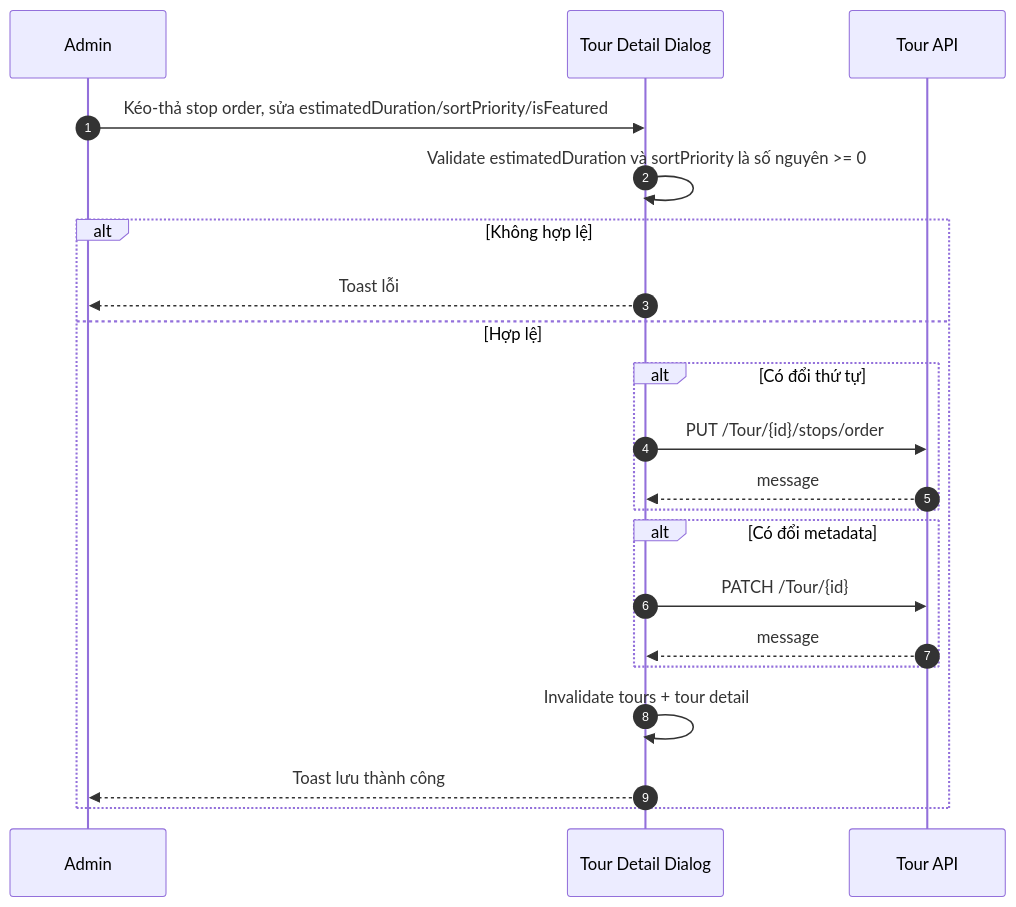
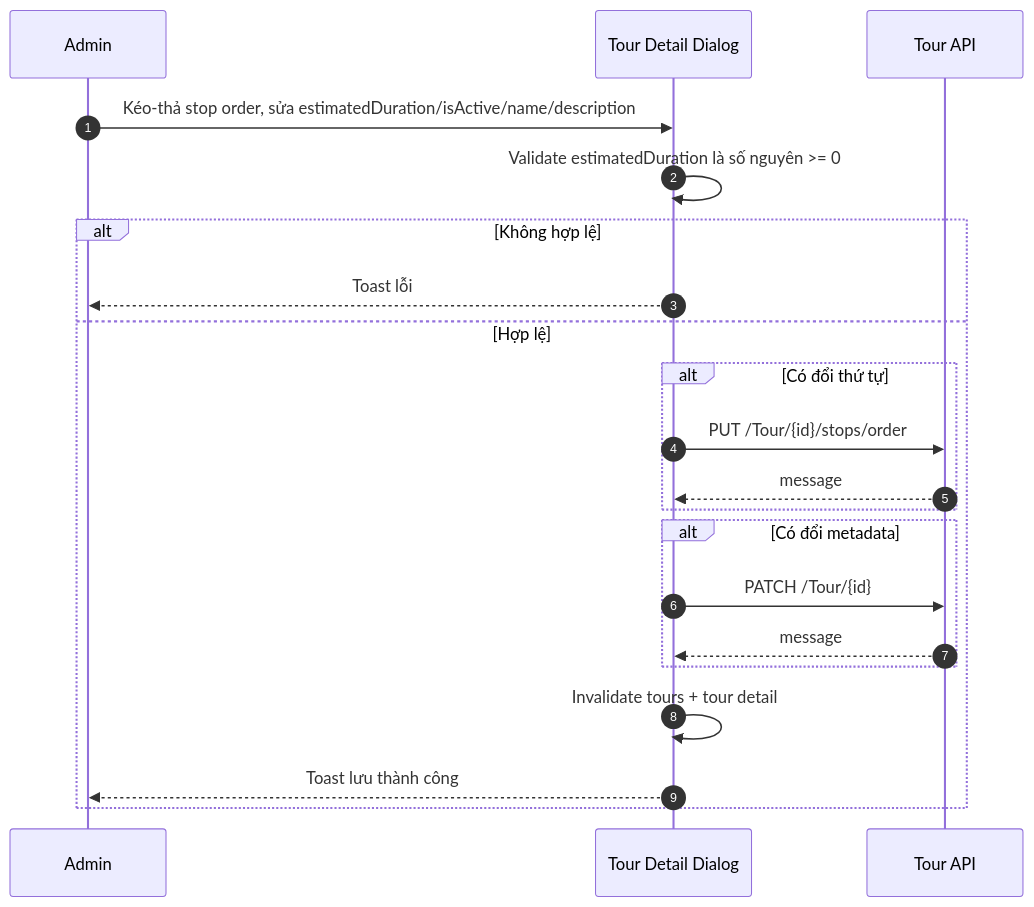
Diagram 19 of 24 in docs/sequence/flow-admin.md (sangnp-s-organiztion/food-market-narrator), drawn with Mermaid before and after one commit. The commit also changed 36 other files, not shown here.

````diff
--- a/docs/sequence/flow-admin.md
+++ b/docs/sequence/flow-admin.md
@@ -388,24 +388,24 @@
 ```mermaid
 sequenceDiagram
     autonumber
     participant U as Admin
     participant FE as Tour Detail Dialog
     participant TOUR as Tour API
 
-    U->>FE: Kéo-thả stop order, sửa estimatedDuration/sortPriority/isFeatured
-    FE->>FE: Validate estimatedDuration và sortPriority là số nguyên >= 0
+    U->>FE: Kéo-thả stop order, sửa estimatedDuration/isActive/name/description
+    FE->>FE: Validate estimatedDuration là số nguyên >= 0
     alt Không hợp lệ
         FE-->>U: Toast lỗi
     else Hợp lệ
         alt Có đổi thứ tự
             FE->>TOUR: PUT /Tour/{id}/stops/order
             TOUR-->>FE: message
         end
         alt Có đổi metadata
             FE->>TOUR: PATCH /Tour/{id}
             TOUR-->>FE: message
         end
         FE->>FE: Invalidate tours + tour detail
         FE-->>U: Toast lưu thành công
     end
 ```
````
